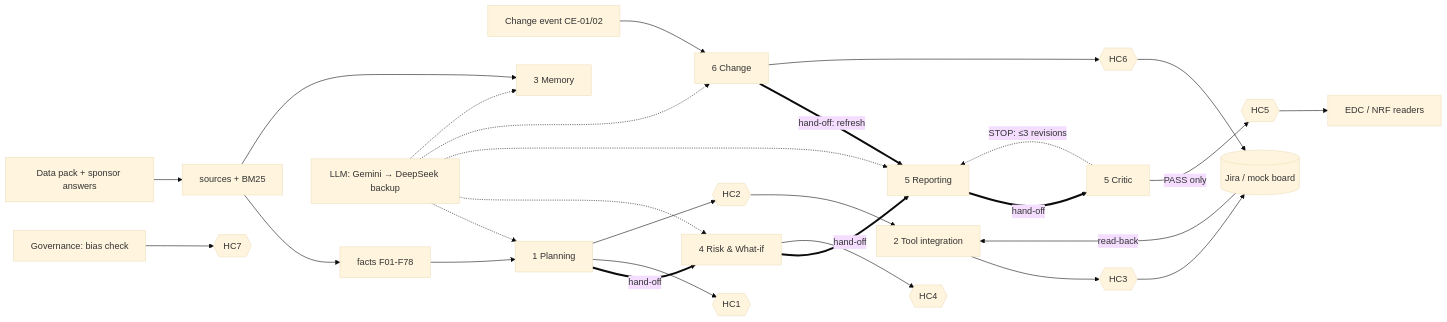
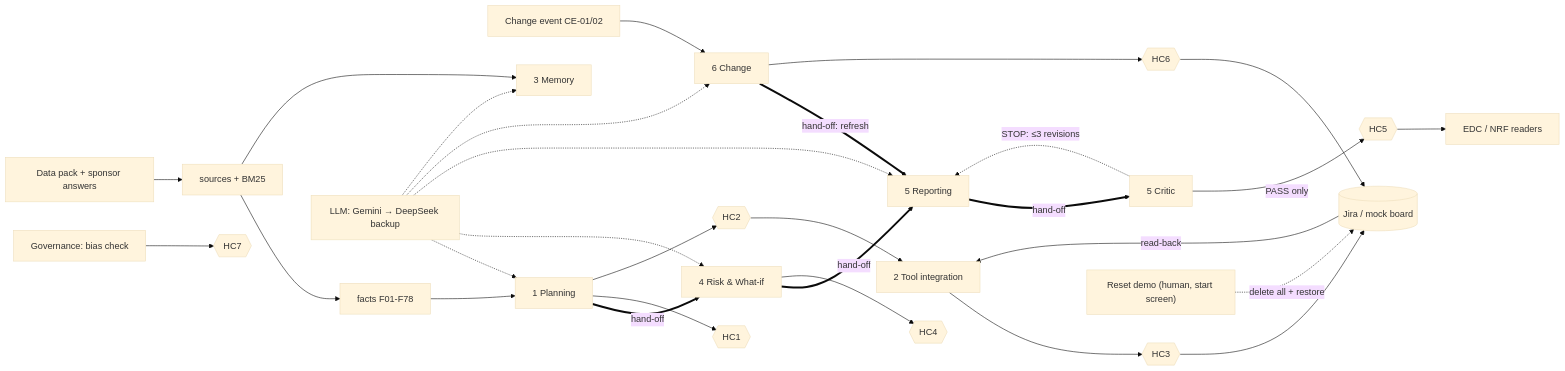
One commit to FrundlesTian/harbourline-pm changed the diagram in docs/design/design_document.md. Above: the diagram before and after it, drawn with Mermaid (base theme). The commit also changed other lines of this file and 100 other files, not shown here.

````diff
--- a/docs/design/design_document.md
+++ b/docs/design/design_document.md
@@ -28,20 +28,21 @@
 ```mermaid
 flowchart LR
     PACK["Data pack + sponsor answers"] --> IDX["sources + BM25"] --> FACTS["facts F01-F78"]
     CE["Change event CE-01/02"] --> CHG
     FACTS --> PLAN["1 Planning"]
     PLAN ==>|hand-off| RISK["4 Risk & What-if"]
     RISK ==>|hand-off| REP["5 Reporting"]
     REP ==>|hand-off| CRIT["5 Critic"]
     CRIT -.->|"STOP: ≤3 revisions"| REP
     CHG["6 Change"] ==>|"hand-off: refresh"| REP
     IDX --> MEM["3 Memory"]
     PLAN --> HC1{{HC1}}
     PLAN --> HC2{{HC2}} --> TOOL["2 Tool integration"] --> HC3{{HC3}} --> PM[("Jira / mock board")]
     PM -->|read-back| TOOL
     RISK --> HC4{{HC4}}
     CRIT -->|PASS only| HC5{{HC5}} --> READ["EDC / NRF readers"]
     CHG --> HC6{{HC6}} --> PM
     GOV["Governance: bias check"] --> HC7{{HC7}}
     LLM["LLM: Gemini → DeepSeek backup"] -.-> PLAN & RISK & REP & CHG & MEM
+    RST["Reset demo (human, start screen)"] -.->|"delete all + restore"| PM
 ```
````
